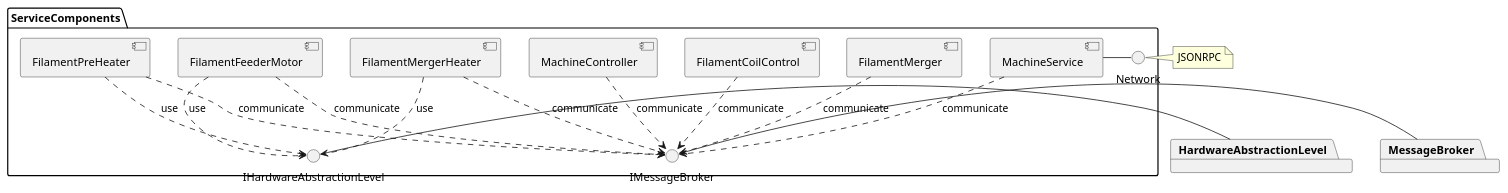
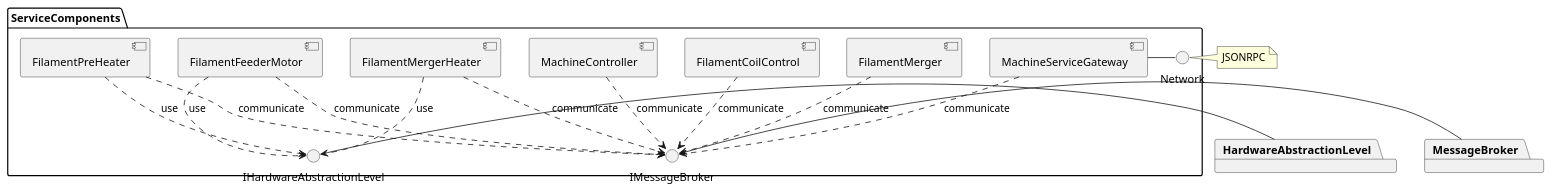
Before and after one commit to schoener-one/sugo-machine-application: the diagram in doc/Architecture.md, drawn with PlantUML. The commit also changed 46 other files, not shown here.

````diff
--- a/doc/Architecture.md
+++ b/doc/Architecture.md
@@ -73,26 +73,26 @@
 ```plantuml
 @startuml
 package "ServiceComponents" {
-  [MachineService] ..> IMessageBroker: communicate
-  [MachineService] - Network
+  [MachineServiceGateway] ..> IMessageBroker: communicate
+  [MachineServiceGateway] - Network
   [FilamentMerger] ..> IMessageBroker: communicate
   [FilamentCoilControl] ..> IMessageBroker: communicate
   [MachineController] ..> IMessageBroker: communicate
   [FilamentFeederMotor] ..> IMessageBroker: communicate
   [FilamentFeederMotor] ..> IHardwareAbstractionLevel: use
   [FilamentPreHeater] ..> IMessageBroker: communicate
   [FilamentPreHeater] ..> IHardwareAbstractionLevel: use
   [FilamentMergerHeater] ..> IMessageBroker: communicate
   [FilamentMergerHeater] ..> IHardwareAbstractionLevel: use
 }
 package "MessageBroker" {
   [MessageBroker] - IMessageBroker
 }
 package "HardwareAbstractionLevel" {
   [HardwareAbstractionLevel] - IHardwareAbstractionLevel
 }
 note right of Network
   JSONRPC
 end note
 @enduml
 ```
````
